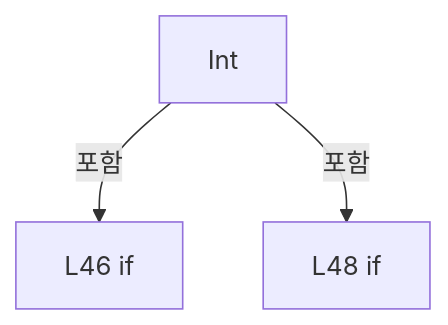
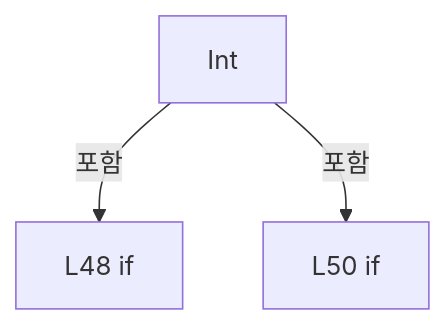
The second of 9 diagrams in A3 LD Code Ref/files/Drilling.Common/Review/CZeroDefenceRecipePlan.cs.md (kjuws10-rgb/Shared), drawn with Mermaid before and after one commit. The commit also changed other lines of this file and 2071 other files, not shown here.

Commit message:
docs(a3): update 11.19.0 architecture and code reference

````diff
--- a/A3 LD Code Ref/files/Drilling.Common/Review/CZeroDefenceRecipePlan.cs.md
+++ b/A3 LD Code Ref/files/Drilling.Common/Review/CZeroDefenceRecipePlan.cs.md
@@ -546,8 +565,8 @@
 ```mermaid
 flowchart TD
  M["Int"]
- N0["L46 if"]
+ N0["L48 if"]
  M -->|포함| N0
- N1["L48 if"]
+ N1["L50 if"]
  M -->|포함| N1
 ```
````
